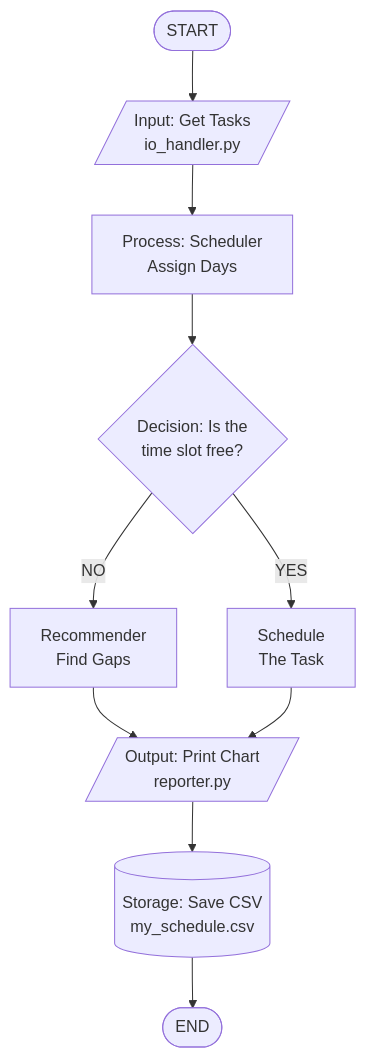
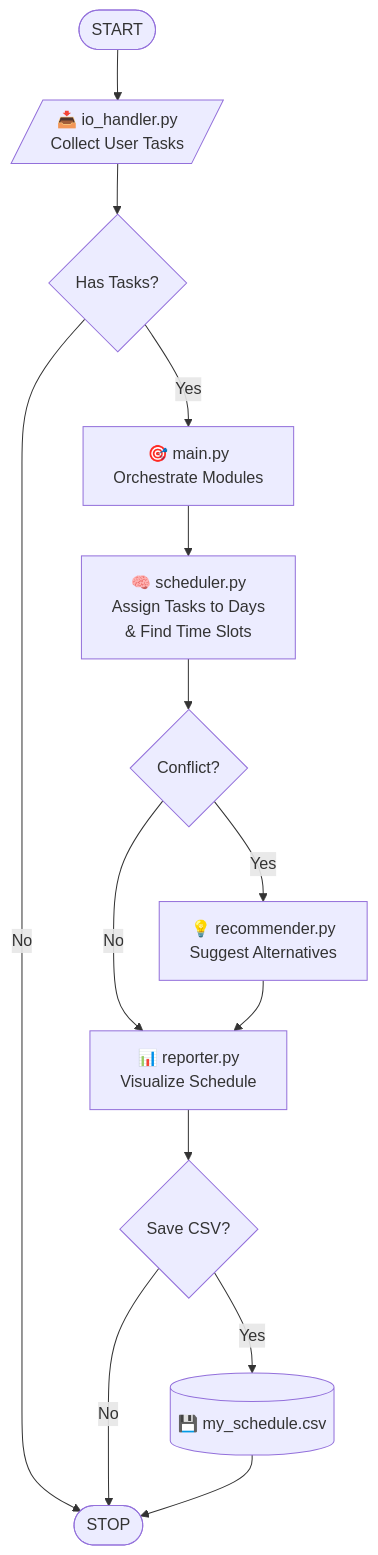
Before and after one commit to johnha912/ptms: the diagram in docs/design.md, drawn with Mermaid.

Commit message:
Revise Data Flow Diagram in design.md

````diff
--- a/docs/design.md
+++ b/docs/design.md
@@ -44,12 +44,38 @@
 ```mermaid
 flowchart TD
-    A([START]) --> B[/Input: Get Tasks<br>io_handler.py/]
-    B --> C[Process: Scheduler<br>Assign Days]
-    C --> D{Decision: Is the<br>time slot free?}
-    D -->|NO| E[Recommender<br>Find Gaps]
-    D -->|YES| F[Schedule<br>The Task]
-    E --> G[/Output: Print Chart<br>reporter.py/]
-    F --> G
-    G --> H[(Storage: Save CSV<br>my_schedule.csv)]
-    H --> I([END])
+    START([START])
+    
+    IO[/"📥 io_handler.py<br/>Collect User Tasks"/]
+    
+    CHECK{Has Tasks?}
+    
+    MAIN["🎯 main.py<br/>Orchestrate Modules"]
+    
+    SCHED["🧠 scheduler.py<br/>Assign Tasks to Days<br/>& Find Time Slots"]
+    
+    CONFLICT{Conflict?}
+    
+    RECOM["💡 recommender.py<br/>Suggest Alternatives"]
+    
+    REPORT["📊 reporter.py<br/>Visualize Schedule"]
+    
+    SAVEQ{Save CSV?}
+    
+    CSV[("💾 my_schedule.csv")]
+    
+    STOP([STOP])
+
+    START --> IO
+    IO --> CHECK
+    CHECK -->|No| STOP
+    CHECK -->|Yes| MAIN
+    MAIN --> SCHED
+    SCHED --> CONFLICT
+    CONFLICT -->|Yes| RECOM
+    CONFLICT -->|No| REPORT
+    RECOM --> REPORT
+    REPORT --> SAVEQ
+    SAVEQ -->|Yes| CSV
+    SAVEQ -->|No| STOP
+    CSV --> STOP
 ```
````
